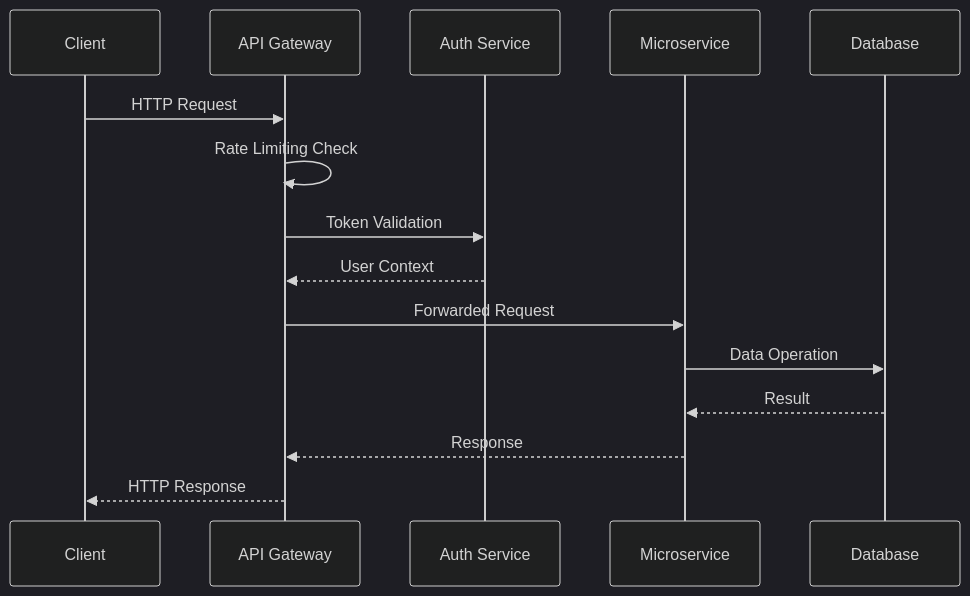
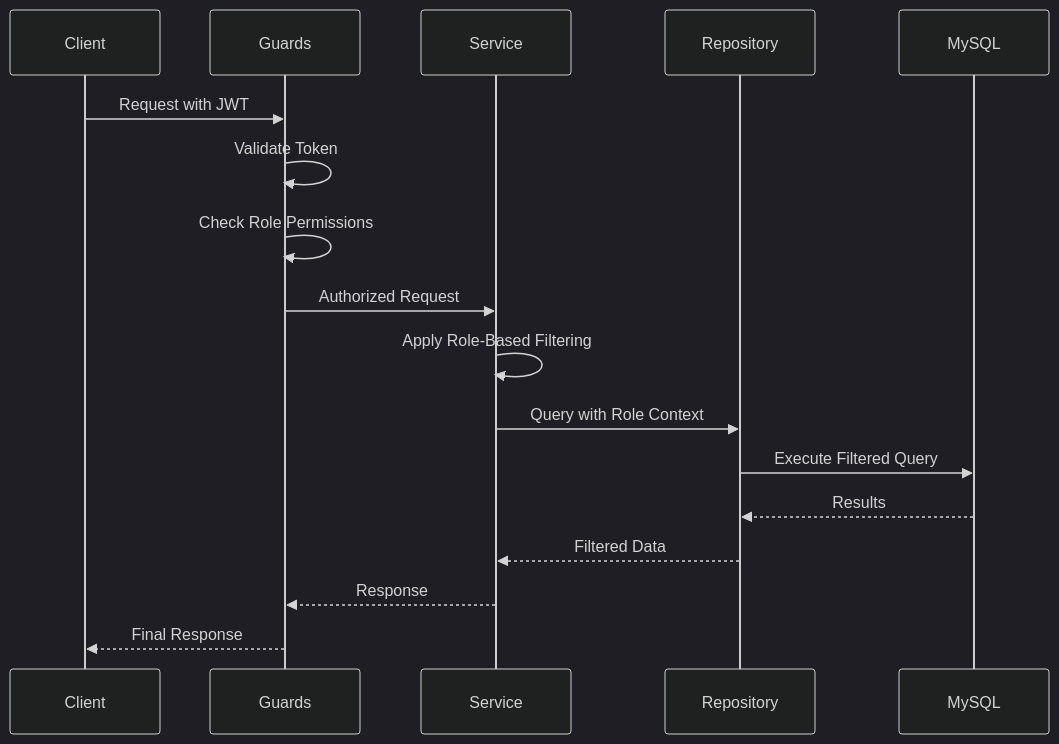
Before and after one commit to Choeng-Rayu/LoukDo: the second of 4 diagrams in .kiro/specs/customer-backend-api/design.md, drawn with Mermaid (dark theme). The commit also changed other lines of this file and 13 other files, not shown here.

````diff
--- a/.kiro/specs/customer-backend-api/design.md
+++ b/.kiro/specs/customer-backend-api/design.md
@@ -205,18 +148,20 @@
 ```mermaid
 sequenceDiagram
     participant C as Client
-    participant AG as API Gateway
-    participant AS as Auth Service
-    participant MS as Microservice
-    participant DB as Database
+    participant G as Guards
+    participant S as Service
+    participant R as Repository
+    participant DB as MySQL
     
-    C->>AG: HTTP Request
-    AG->>AG: Rate Limiting Check
-    AG->>AS: Token Validation
-    AS-->>AG: User Context
-    AG->>MS: Forwarded Request
-    MS->>DB: Data Operation
-    DB-->>MS: Result
-    MS-->>AG: Response
-    AG-->>C: HTTP Response
+    C->>G: Request with JWT
+    G->>G: Validate Token
+    G->>G: Check Role Permissions
+    G->>S: Authorized Request
+    S->>S: Apply Role-Based Filtering
+    S->>R: Query with Role Context
+    R->>DB: Execute Filtered Query
+    DB-->>R: Results
+    R-->>S: Filtered Data
+    S-->>G: Response
+    G-->>C: Final Response
 ```
````
